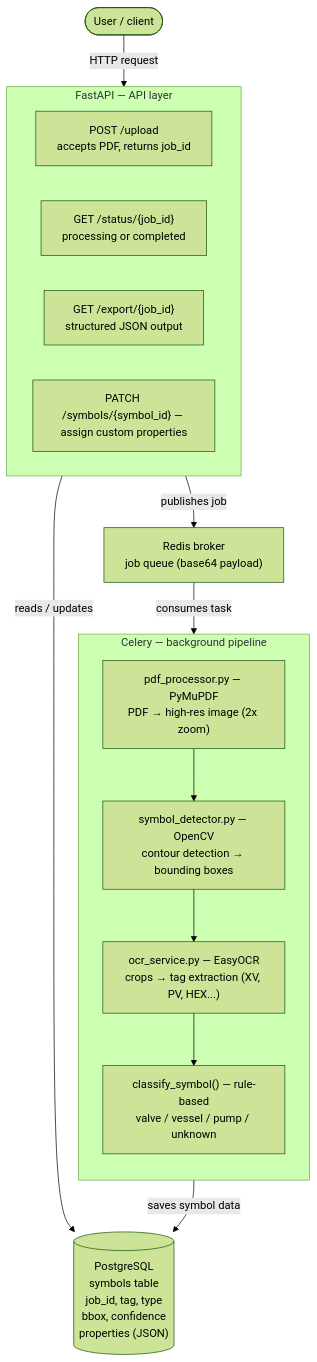
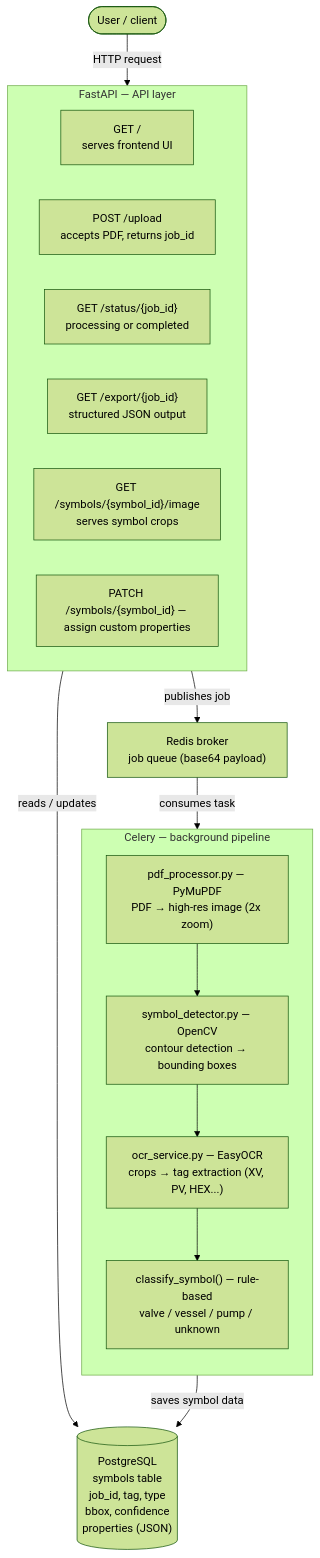
The diagram in README.md (pjha26/DiagramiQ), drawn with Mermaid (forest theme) before and after one commit. The commit also changed other lines of this file and 4 other files, not shown here.

````diff
--- a/README.md
+++ b/README.md
@@ -11,32 +11,34 @@
 ```mermaid
 graph TD
     Client(["User / client"])
     
     subgraph API ["FastAPI — API layer"]
+        UI["GET /<br>serves frontend UI"]
         Upload["POST /upload<br>accepts PDF, returns job_id"]
         Status["GET /status/{job_id}<br>processing or completed"]
         Export["GET /export/{job_id}<br>structured JSON output"]
+        Image["GET /symbols/{symbol_id}/image<br>serves symbol crops"]
         Patch["PATCH /symbols/{symbol_id} — assign custom properties"]
     end
     
     Client -- "HTTP request" --> API
     
     Redis["Redis broker<br>job queue (base64 payload)"]
     API -- "publishes job" --> Redis
     
     subgraph Pipeline ["Celery — background pipeline"]
         direction TB
         PDF["pdf_processor.py — PyMuPDF<br>PDF → high-res image (2x zoom)"]
         CV["symbol_detector.py — OpenCV<br>contour detection → bounding boxes"]
         OCR["ocr_service.py — EasyOCR<br>crops → tag extraction (XV, PV, HEX...)"]
         Classify["classify_symbol() — rule-based<br>valve / vessel / pump / unknown"]
         PDF --> CV --> OCR --> Classify
     end
     
     Redis -- "consumes task" --> Pipeline
     
     DB[("PostgreSQL<br>symbols table<br>job_id, tag, type<br>bbox, confidence<br>properties (JSON)")]
     
     Classify -- "saves symbol data" --> DB
     API -- "reads / updates" --> DB
 ```
````
